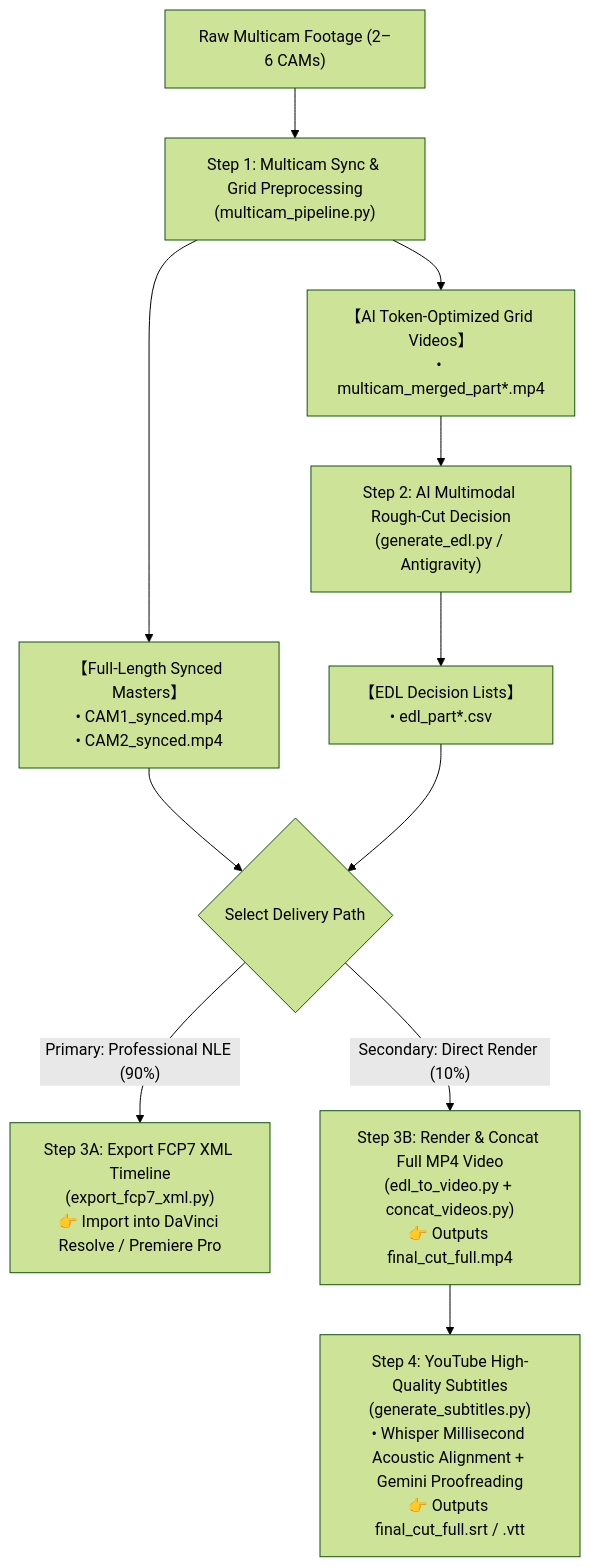
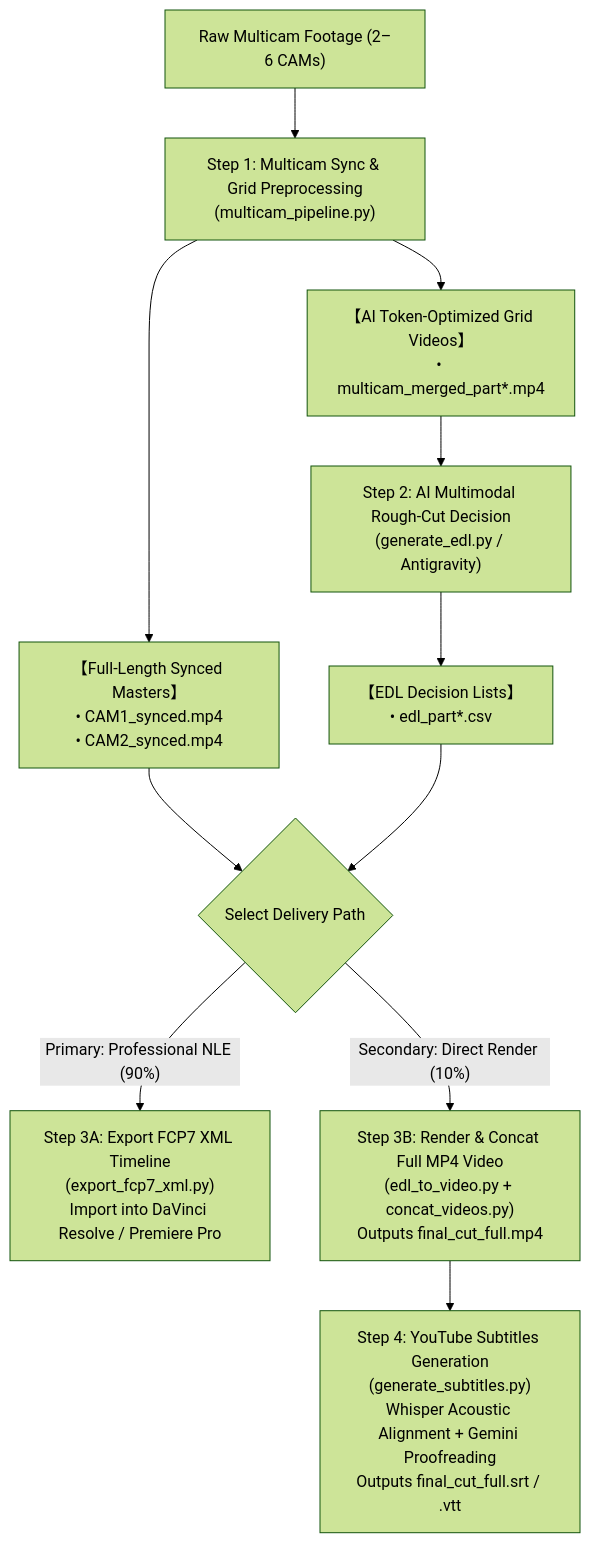
The diagram in README.md (sylphlin/multicam-video-preprocessing), drawn with Mermaid (forest theme) before and after one commit. The commit also changed other lines of this file and 4 other files, not shown here.

````diff
--- a/README.md
+++ b/README.md
@@ -53,18 +53,18 @@
 ```mermaid
 flowchart TD
     A["Raw Multicam Footage (2–6 CAMs)"] --> B["Step 1: Multicam Sync & Grid Preprocessing<br/>(multicam_pipeline.py)"]
     
     B --> C["【Full-Length Synced Masters】<br/>• CAM1_synced.mp4<br/>• CAM2_synced.mp4"]
     B --> D["【AI Token-Optimized Grid Videos】<br/>• multicam_merged_part*.mp4"]
     
     D --> E["Step 2: AI Multimodal Rough-Cut Decision<br/>(generate_edl.py / Antigravity)"]
     E --> F["【EDL Decision Lists】<br/>• edl_part*.csv"]
     
     C --> G{"Select Delivery Path"}
     F --> G
     
-    G -->|"Primary: Professional NLE (90%)"| H["Step 3A: Export FCP7 XML Timeline<br/>(export_fcp7_xml.py)<br/>👉 Import into DaVinci Resolve / Premiere Pro"]
-    G -->|"Secondary: Direct Render (10%)"| I["Step 3B: Render & Concat Full MP4 Video<br/>(edl_to_video.py + concat_videos.py)<br/>👉 Outputs final_cut_full.mp4"]
+    G -->|"Primary: Professional NLE (90%)"| H["Step 3A: Export FCP7 XML Timeline<br/>(export_fcp7_xml.py)<br/>Import into DaVinci Resolve / Premiere Pro"]
+    G -->|"Secondary: Direct Render (10%)"| I["Step 3B: Render & Concat Full MP4 Video<br/>(edl_to_video.py + concat_videos.py)<br/>Outputs final_cut_full.mp4"]
     
-    I --> J["Step 4: YouTube High-Quality Subtitles<br/>(generate_subtitles.py)<br/>• Whisper Millisecond Acoustic Alignment + Gemini Proofreading<br/>👉 Outputs final_cut_full.srt / .vtt"]
+    I --> J["Step 4: YouTube Subtitles Generation<br/>(generate_subtitles.py)<br/>Whisper Acoustic Alignment + Gemini Proofreading<br/>Outputs final_cut_full.srt / .vtt"]
 ```
````
